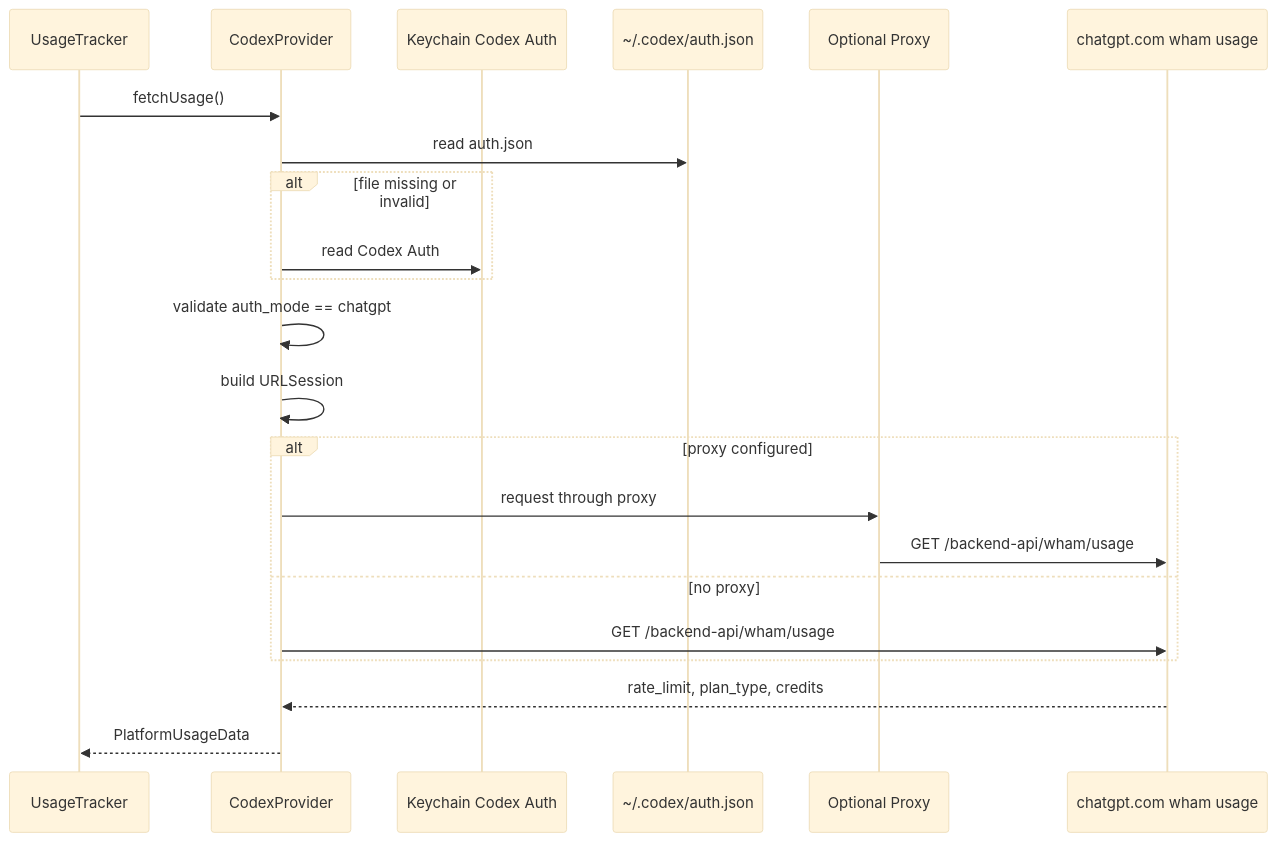
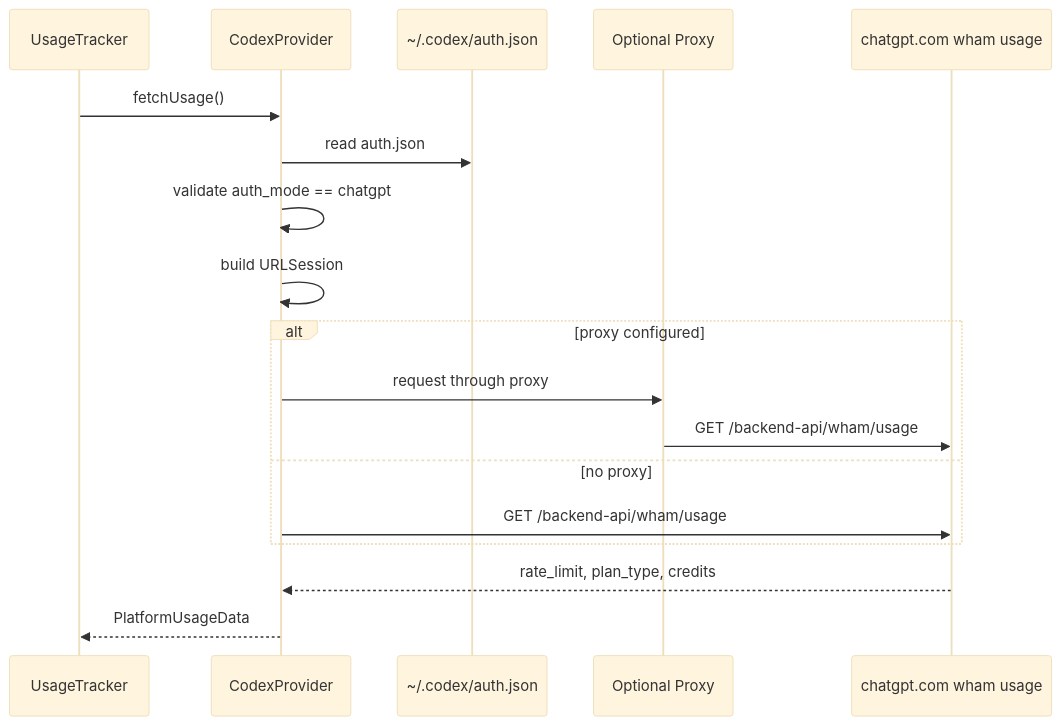
The fifth of 6 diagrams in docs/uml-diagrams.md (wayyoungboy/code_bar), drawn with Mermaid (base theme) before and after one commit. The commit also changed other lines of this file and 25 other files, not shown here.

````diff
--- a/docs/uml-diagrams.md
+++ b/docs/uml-diagrams.md
@@ -163,25 +163,21 @@
 ```mermaid
 sequenceDiagram
     participant Tracker as UsageTracker
     participant Codex as CodexProvider
-    participant Keychain as Keychain Codex Auth
     participant File as ~/.codex/auth.json
     participant Proxy as Optional Proxy
     participant API as chatgpt.com wham usage
 
     Tracker->>Codex: fetchUsage()
     Codex->>File: read auth.json
-    alt file missing or invalid
-        Codex->>Keychain: read Codex Auth
-    end
     Codex->>Codex: validate auth_mode == chatgpt
     Codex->>Codex: build URLSession
     alt proxy configured
         Codex->>Proxy: request through proxy
         Proxy->>API: GET /backend-api/wham/usage
     else no proxy
         Codex->>API: GET /backend-api/wham/usage
     end
     API-->>Codex: rate_limit, plan_type, credits
     Codex-->>Tracker: PlatformUsageData
 ```
````
